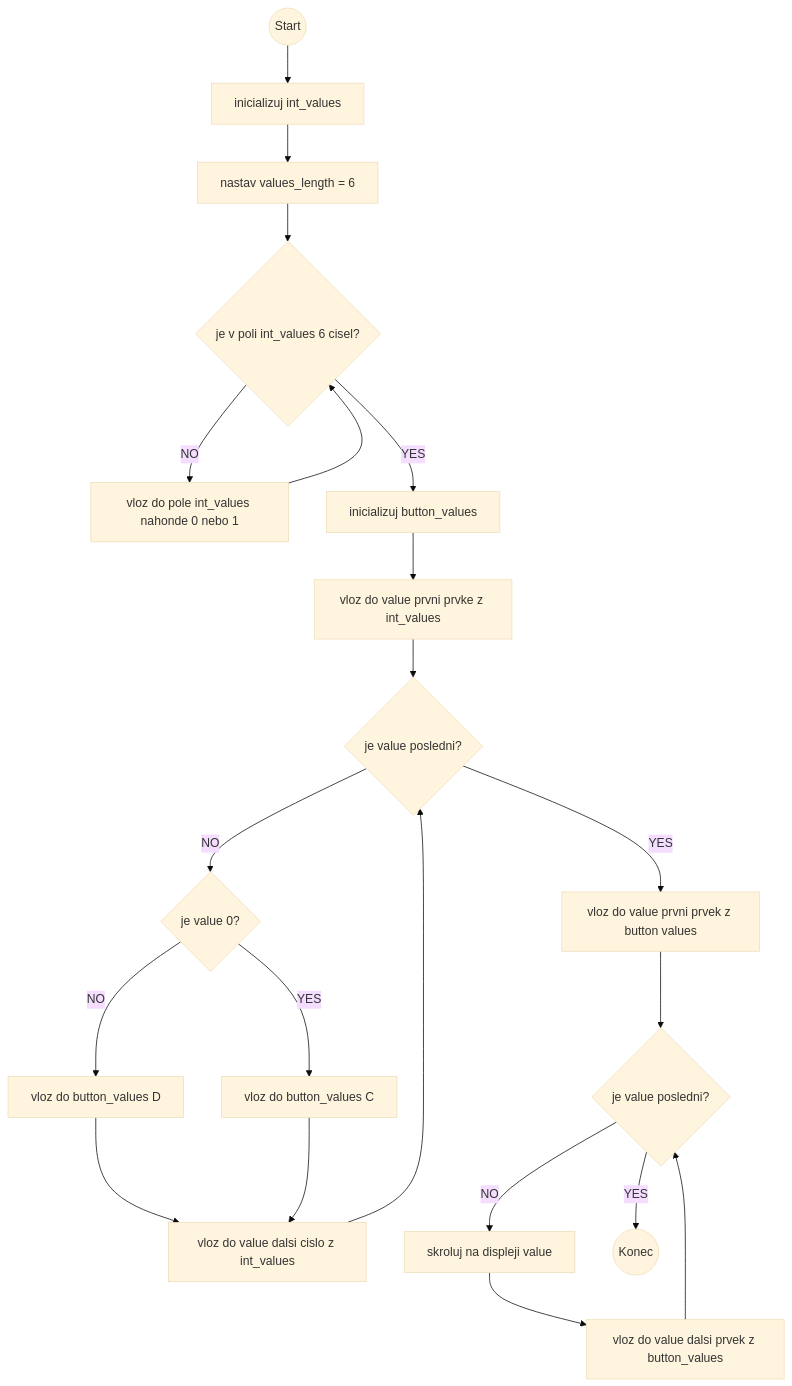
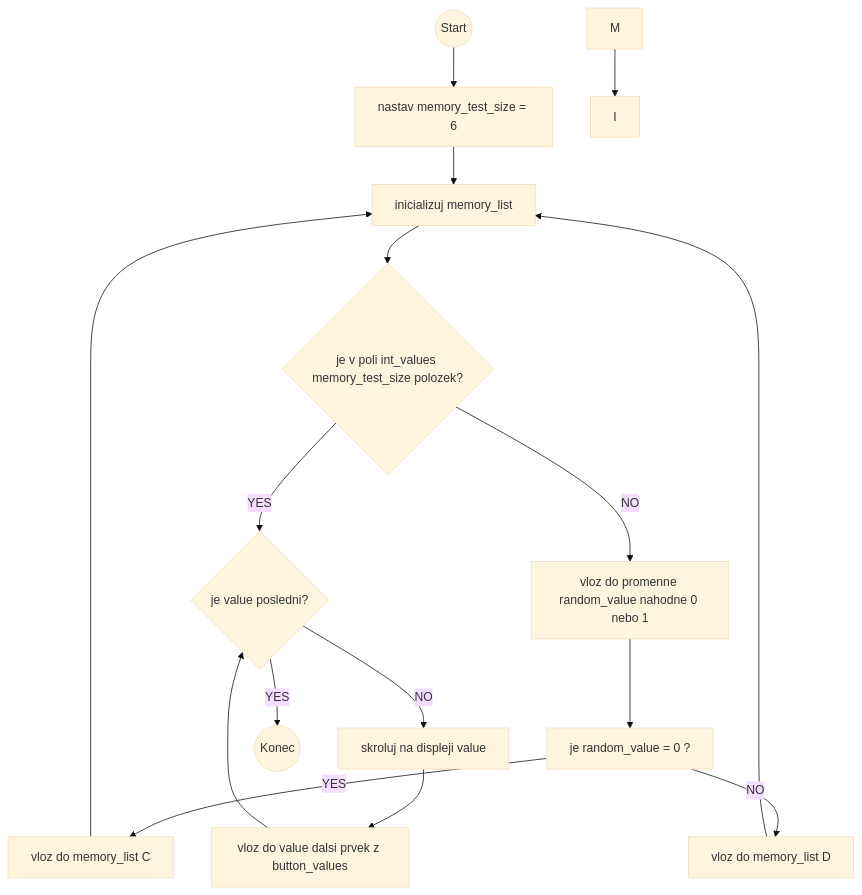
One commit to denisa-mat/BP-microbit changed the diagram in README.md. Above: the diagram before and after it, drawn with Mermaid (base theme). The commit also changed other lines of this file, not shown here.

````diff
--- a/README.md
+++ b/README.md
@@ -68,23 +65,18 @@
 ```mermaid
 graph TD;
-    A((Start)) --> B[inicializuj int_values];
-    B --> C[nastav values_length = 6];
-	C --> D{je v poli int_values 6 cisel?};
-    	D -- NO --> E[vloz do pole int_values nahonde 0 nebo 1];
-		E --> D;
-	D -- YES --> G[inicializuj button_values];
-	G --> H[vloz do value prvni prvke z int_values];
-	H --> I{je value posledni?};
-		I -- NO --> J{je value 0?};
-			J -- YES --> K[vloz do button_values C];
-			J -- NO --> L[vloz do button_values D];
-		L --> M[vloz do value dalsi cislo z int_values];
-		K --> M;
-		M --> I;
-	I -- YES --> N[vloz do value prvni prvek z button values];
-	N --> O{je value posledni?};
+    A((Start)) --> B[nastav memory_test_size = 6];
+    B --> C[inicializuj memory_list];
+	C --> D{je v poli int_values memory_test_size polozek?};
+    D -- NO --> E[vloz do promenne random_value nahodne 0 nebo 1];
+		E --> F[je random_value = 0 ?];
+		F -- YES --> K[vloz do memory_list C];
+			K --> C;
+		F -- NO --> L[vloz do memory_list D];
+			L --> C
+				M --> I;
+	D -- YES --> O{je value posledni?};
 		O -- NO --> P[skroluj na displeji value];
-		P --> Q[vloz do value dalsi prvek z button_values];
-		Q --> O;
-	O -- YES --> R((Konec));
+			P --> Q[vloz do value dalsi prvek z button_values];
+			Q --> O;
+		O -- YES --> R((Konec));
 ```
````
